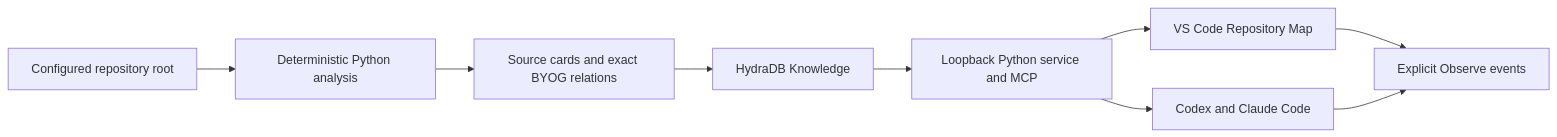
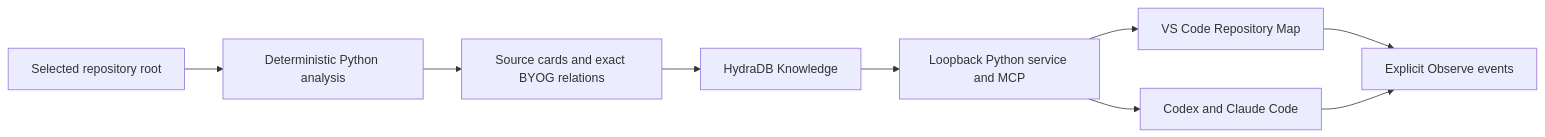
Before and after one commit to RETR0-OS/RepoMapper: the diagram in docs/README.md, drawn with Mermaid. The commit also changed 12 other files, not shown here.

````diff
--- a/docs/README.md
+++ b/docs/README.md
@@ -20,11 +20,11 @@
 ```mermaid
 flowchart LR
-    Repo["Configured repository root"] --> Analyzer["Deterministic Python analysis"]
+    Repo["Selected repository root"] --> Analyzer["Deterministic Python analysis"]
     Analyzer --> Cards["Source cards and exact BYOG relations"]
     Cards --> HydraDB["HydraDB Knowledge"]
     HydraDB --> Service["Loopback Python service and MCP"]
     Service --> Views["VS Code Repository Map"]
     Service --> Agents["Codex and Claude Code"]
     Views --> Events["Explicit Observe events"]
     Agents --> Events
 ```
````
